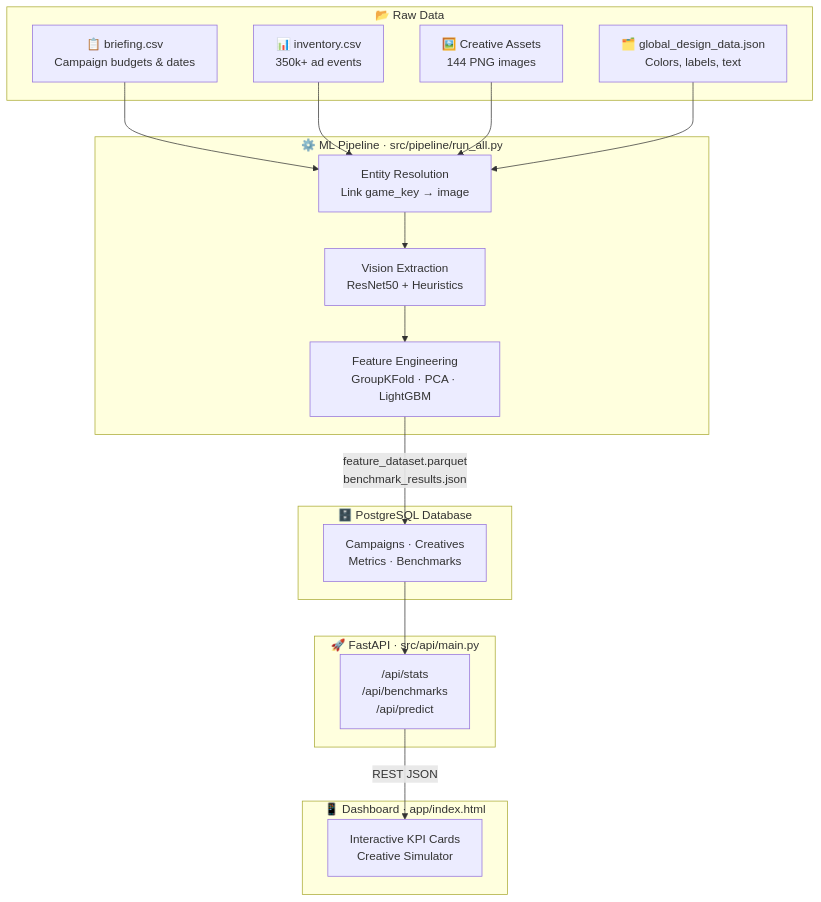
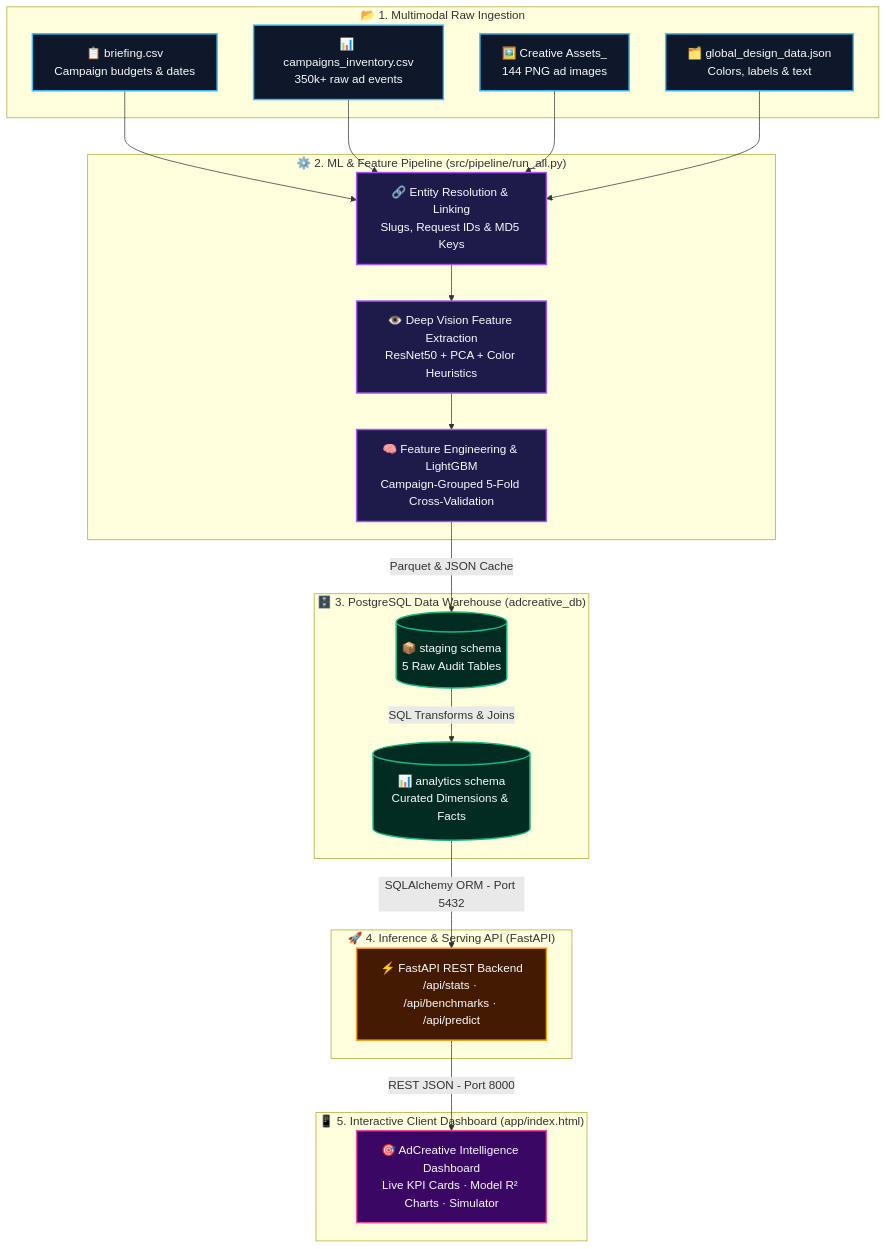
Before and after one commit to bkget/AdTech-Creative-Performance-Prediction: the first of 2 diagrams in README.md, drawn with Mermaid. The commit also changed other lines of this file, not shown here.

Commit message:
docs(diagrams): fix Mermaid syntax errors and upgrade architecture flowcharts with modern high-contrast styling

````diff
--- a/README.md
+++ b/README.md
@@ -42,33 +42,54 @@
 ```mermaid
 flowchart TD
-    subgraph RAW["📂 Raw Data"]
-        A1["📋 briefing.csv\nCampaign budgets & dates"]
-        A2["📊 inventory.csv\n350k+ ad events"]
-        A3["🖼️ Creative Assets\n144 PNG images"]
-        A4["🗂️ global_design_data.json\nColors, labels, text"]
+    %% =========================================================================
+    %% Modern High-Contrast Theme Styling
+    %% =========================================================================
+    classDef rawCard fill:#0f172a,stroke:#38bdf8,stroke-width:2px,color:#f8fafc;
+    classDef pipeCard fill:#1e1b4b,stroke:#a855f7,stroke-width:2px,color:#f8fafc;
+    classDef dbCard fill:#022c22,stroke:#10b981,stroke-width:2px,color:#f8fafc;
+    classDef apiCard fill:#451a03,stroke:#f59e0b,stroke-width:2px,color:#f8fafc;
+    classDef uiCard fill:#3b0764,stroke:#ec4899,stroke-width:2px,color:#f8fafc;
+
+    subgraph RAW["📂 1. Multimodal Raw Ingestion"]
+        A1["📋 briefing.csv<br/>Campaign budgets & dates"]
+        A2["📊 campaigns_inventory.csv<br/>350k+ raw ad events"]
+        A3["🖼️ Creative Assets_<br/>144 PNG ad images"]
+        A4["🗂️ global_design_data.json<br/>Colors, labels & text"]
     end
 
-    subgraph PIPELINE["⚙️ ML Pipeline  ·  src/pipeline/run_all.py"]
-        B1["Entity Resolution\nLink game_key → image"]
-        B2["Vision Extraction\nResNet50 + Heuristics"]
-        B3["Feature Engineering\nGroupKFold · PCA · LightGBM"]
+    subgraph PIPELINE["⚙️ 2. ML & Feature Pipeline (src/pipeline/run_all.py)"]
+        B1["🔗 Entity Resolution & Linking<br/>Slugs, Request IDs & MD5 Keys"]
+        B2["👁️ Deep Vision Feature Extraction<br/>ResNet50 + PCA + Color Heuristics"]
+        B3["🧠 Feature Engineering & LightGBM<br/>Campaign-Grouped 5-Fold Cross-Validation"]
     end
 
-    subgraph STORE["🗄️ PostgreSQL Database"]
-        C1["Campaigns · Creatives\nMetrics · Benchmarks"]
+    subgraph STORE["🗄️ 3. PostgreSQL Data Warehouse (adcreative_db)"]
+        C1[("📦 staging schema<br/>5 Raw Audit Tables")]
+        C2[("📊 analytics schema<br/>Curated Dimensions & Facts")]
     end
 
-    subgraph API["🚀 FastAPI  ·  src/api/main.py"]
-        D1["/api/stats\n/api/benchmarks\n/api/predict"]
+    subgraph SERVING["🚀 4. Inference & Serving API (FastAPI)"]
+        D1["⚡ FastAPI REST Backend<br/>/api/stats · /api/benchmarks · /api/predict"]
     end
 
-    subgraph DASH["📱 Dashboard  ·  app/index.html"]
-        E1["Interactive KPI Cards\nCreative Simulator"]
+    subgraph DASH["📱 5. Interactive Client Dashboard (app/index.html)"]
+        E1["🎯 AdCreative Intelligence Dashboard<br/>Live KPI Cards · Model R² Charts · Simulator"]
     end
 
-    A1 & A2 & A3 & A4 --> B1
-    B1 --> B2 --> B3
-    B3 -->|"feature_dataset.parquet\nbenchmark_results.json"| C1
-    C1 --> D1
-    D1 -->|"REST JSON"| E1
+    A1 --> B1
+    A2 --> B1
+    A3 --> B1
+    A4 --> B1
+    B1 --> B2
+    B2 --> B3
+    B3 -->|"Parquet & JSON Cache"| C1
+    C1 -->|"SQL Transforms & Joins"| C2
+    C2 -->|"SQLAlchemy ORM - Port 5432"| D1
+    D1 -->|"REST JSON - Port 8000"| E1
+
+    class A1,A2,A3,A4 rawCard;
+    class B1,B2,B3 pipeCard;
+    class C1,C2 dbCard;
+    class D1 apiCard;
+    class E1 uiCard;
 ```
````
